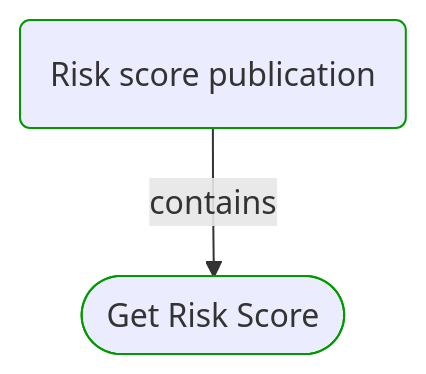
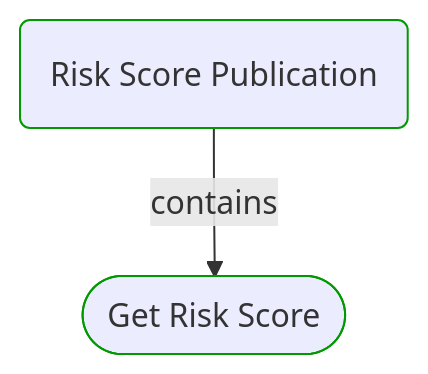
Before and after one commit to itlibrium/DDD-starter-dotnet: the first of 3 diagrams in Docs/P3/MermaidOutput/Domain/Processes/RiskScorePublication.md, drawn with Mermaid. The commit also changed other lines of this file and 237 other files, not shown here.

````diff
--- a/Docs/P3/MermaidOutput/Domain/Processes/RiskScorePublication.md
+++ b/Docs/P3/MermaidOutput/Domain/Processes/RiskScorePublication.md
@@ -21,11 +21,11 @@
 ```mermaid
   flowchart TB
-    0(Risk score publication)
+    0(Risk Score Publication)
     class 0 DomainPerspective
     1([Get Risk Score])
     class 1 DomainPerspective
     0-->|contains|1
     classDef DomainPerspective stroke:#009900
     classDef TechnologyPerspective stroke:#1F41EB
     classDef PeoplePerspective stroke:#FFF014
 ```
````
